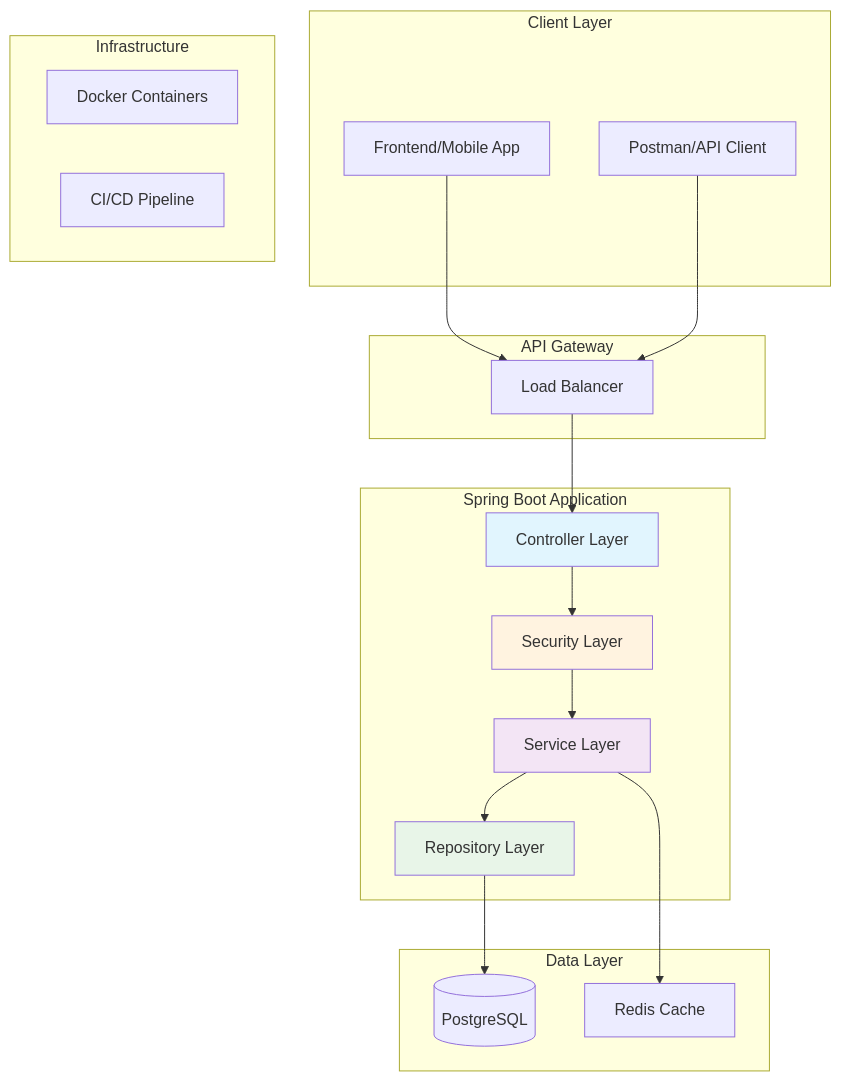
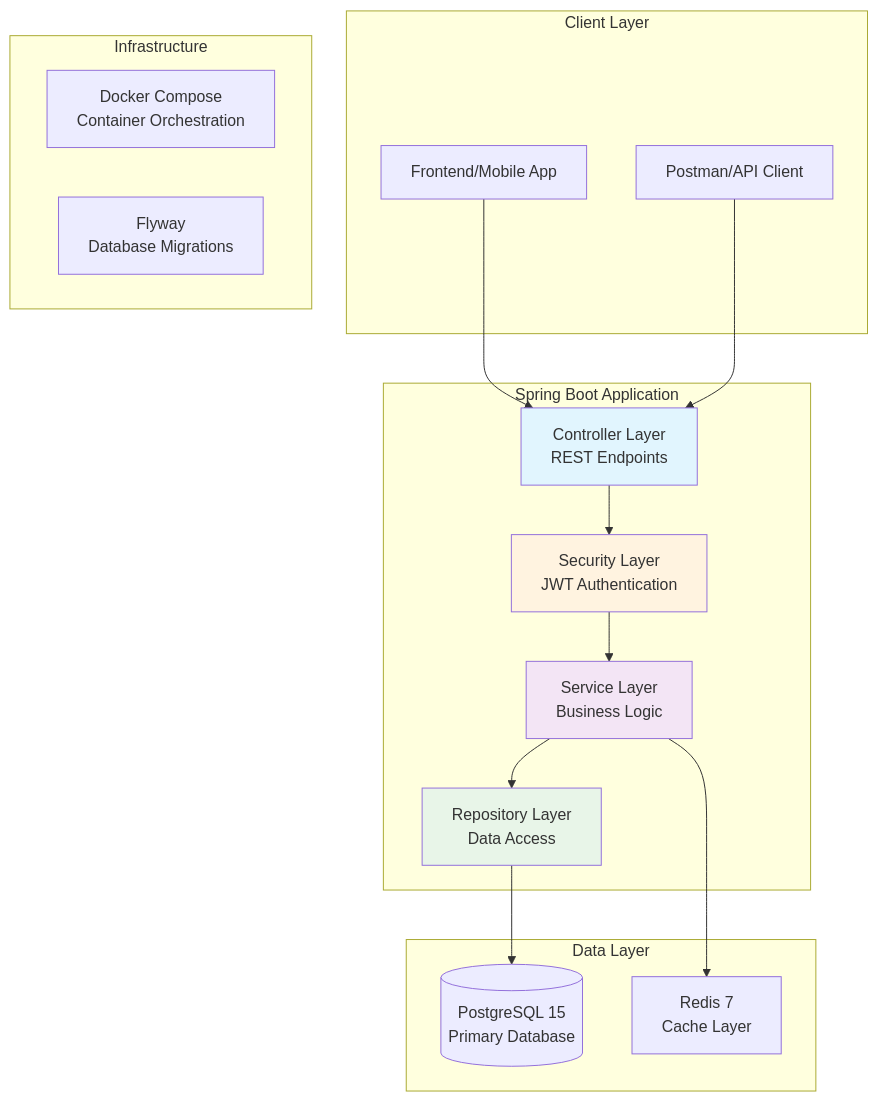
Before and after one commit to arnavgautam0209/task-manager-api: the first of 2 diagrams in README.md, drawn with Mermaid. The commit also changed other lines of this file, not shown here.

First line of the commit message:
Update README with Redis and Apple Silicon details

````diff
--- a/README.md
+++ b/README.md
@@ -135,42 +185,37 @@
 ```mermaid
 graph TB
     subgraph "Client Layer"
         A[Frontend/Mobile App]
         B[Postman/API Client]
     end
     
-    subgraph "API Gateway"
-        C[Load Balancer]
-    end
-    
     subgraph "Spring Boot Application"
-        D[Controller Layer]
-        E[Service Layer]
-        F[Repository Layer]
-        G[Security Layer]
+        C[Controller Layer<br/>REST Endpoints]
+        D[Service Layer<br/>Business Logic]
+        E[Repository Layer<br/>Data Access]
+        F[Security Layer<br/>JWT Authentication]
     end
     
     subgraph "Data Layer"
-        H[(PostgreSQL)]
-        I[Redis Cache]
+        G[(PostgreSQL 15<br/>Primary Database)]
+        H[Redis 7<br/>Cache Layer]
     end
     
     subgraph "Infrastructure"
-        J[Docker Containers]
-        K[CI/CD Pipeline]
+        I[Docker Compose<br/>Container Orchestration]
+        J[Flyway<br/>Database Migrations]
     end
     
     A --> C
     B --> C
-    C --> D
-    D --> G
-    G --> E
-    E --> F
-    F --> H
-    E --> I
+    C --> F
+    F --> D
+    D --> E
+    E --> G
+    D --> H
     
-    style D fill:#e1f5fe
-    style E fill:#f3e5f5
-    style F fill:#e8f5e8
-    style G fill:#fff3e0
+    style C fill:#e1f5fe
+    style D fill:#f3e5f5
+    style E fill:#e8f5e8
+    style F fill:#fff3e0
 ```
````
